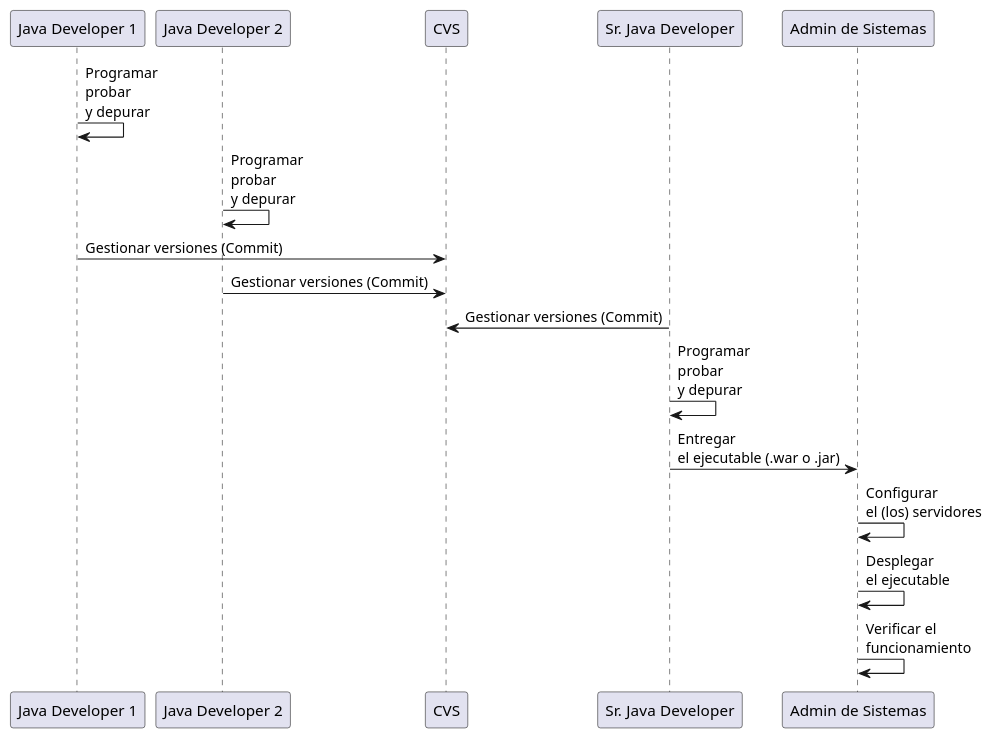
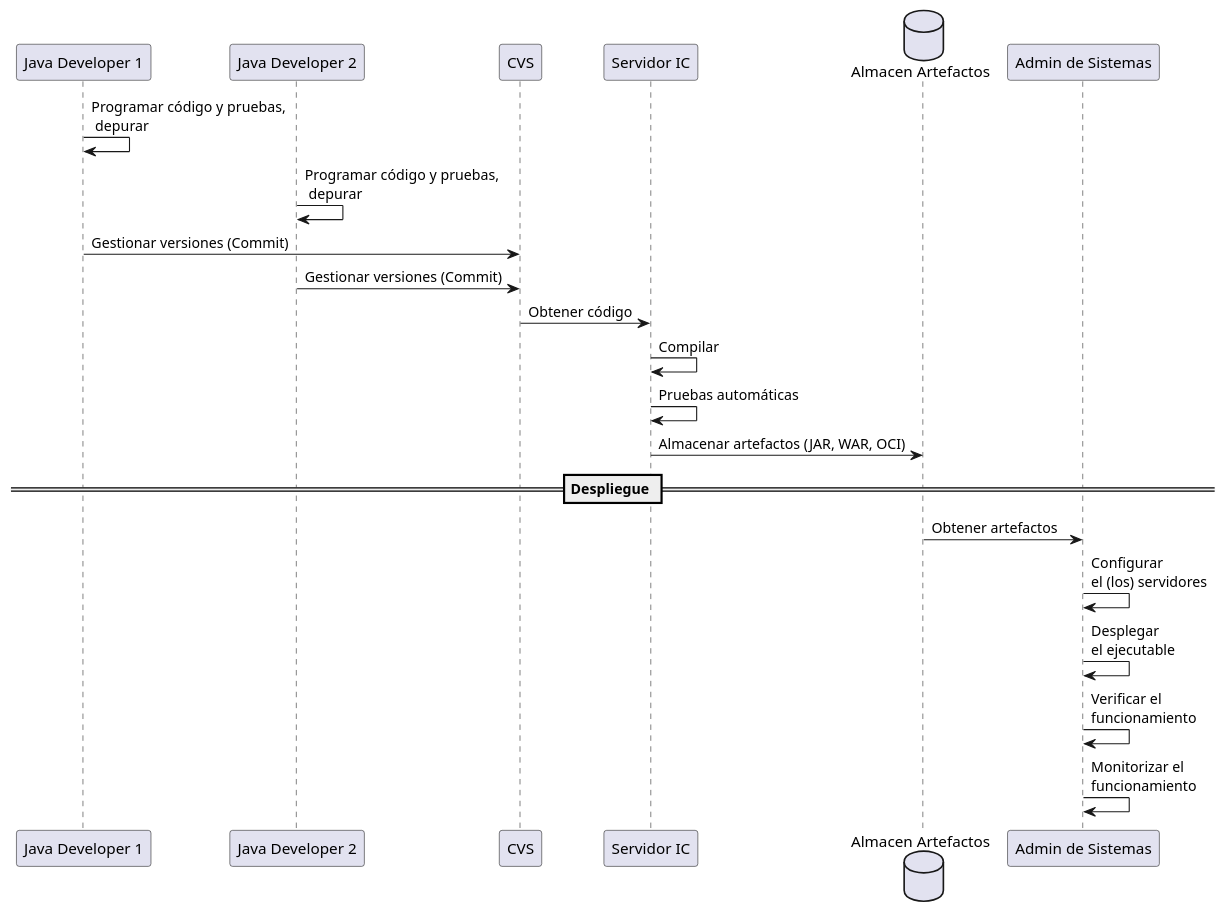
Before and after one commit to tuxtor/microjakarta10: the diagram in cicd.plantuml, drawn with PlantUML.

Commit message:
Integración continua

```diff
--- a/cicd.plantuml
+++ b/cicd.plantuml
@@ -1,33 +1,32 @@
 @startuml
 participant Developer1 as "Java Developer 1"
 participant Developer2 as "Java Developer 2"
 
-Developer1 -> Developer1 : Programar\nprobar \ny depurar
-Developer2 -> Developer2 : Programar\nprobar \ny depurar
+Developer1 -> Developer1 : Programar código y pruebas, \n depurar
+Developer2 -> Developer2 : Programar código y pruebas, \n depurar
 Developer1 -> CVS : Gestionar versiones (Commit)
 Developer2 -> CVS : Gestionar versiones (Commit)
 
 database CVS as "CVS(Git)"
-participant Developer as "Sr. Java Developer"
 
+participant IC as "Servidor IC"
 
+CVS -> IC : Obtener código
+IC -> IC : Compilar
+IC -> IC : Pruebas automáticas
 
-Developer -> CVS : Gestionar versiones (Commit)
-Developer -> Developer : Programar\nprobar \ny depurar
+database Artefacts as "Almacen Artefactos"
+IC -> Artefacts : Almacenar artefactos (JAR, WAR, OCI)
 
 participant Sysadmin as "Admin de Sistemas"
 
-Developer -> Sysadmin : Entregar\nel ejecutable (.war o .jar)
-
+== Despliegue ==
+Artefacts -> Sysadmin : Obtener artefactos
 Sysadmin -> Sysadmin : Configurar\nel (los) servidores
 Sysadmin -> Sysadmin : Desplegar\nel ejecutable
 
 Sysadmin -> Sysadmin : Verificar el\nfuncionamiento
-
-
-
-
-
+Sysadmin -> Sysadmin : Monitorizar el\nfuncionamiento
 
 
 @enduml
```
